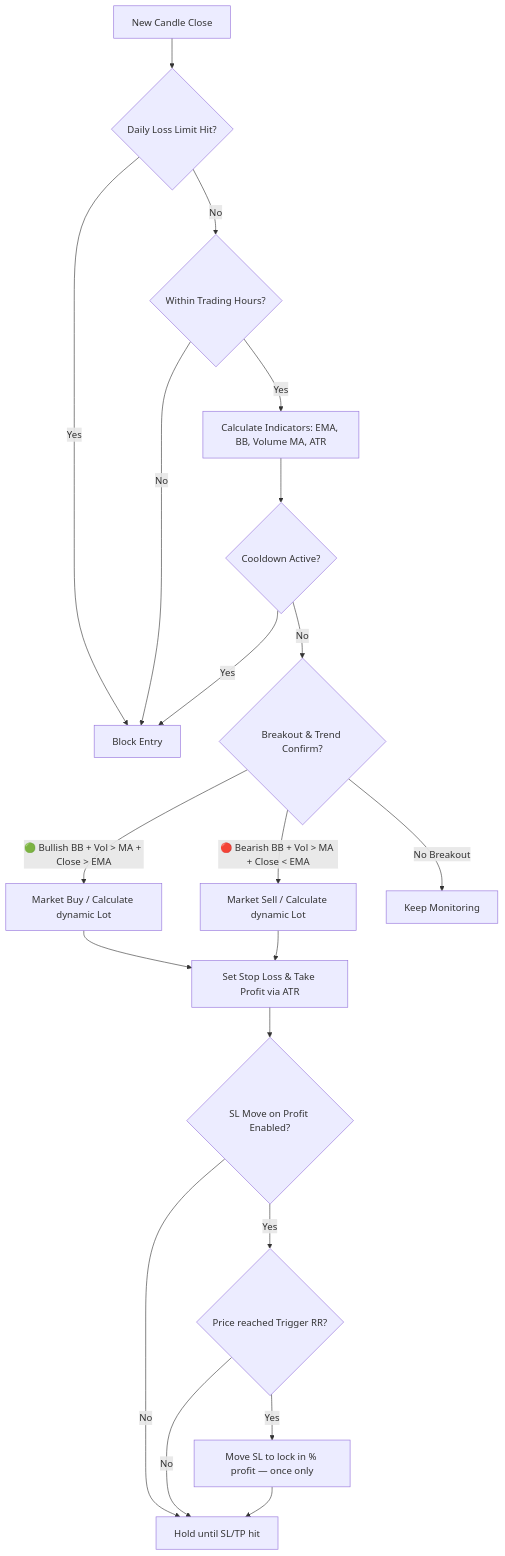
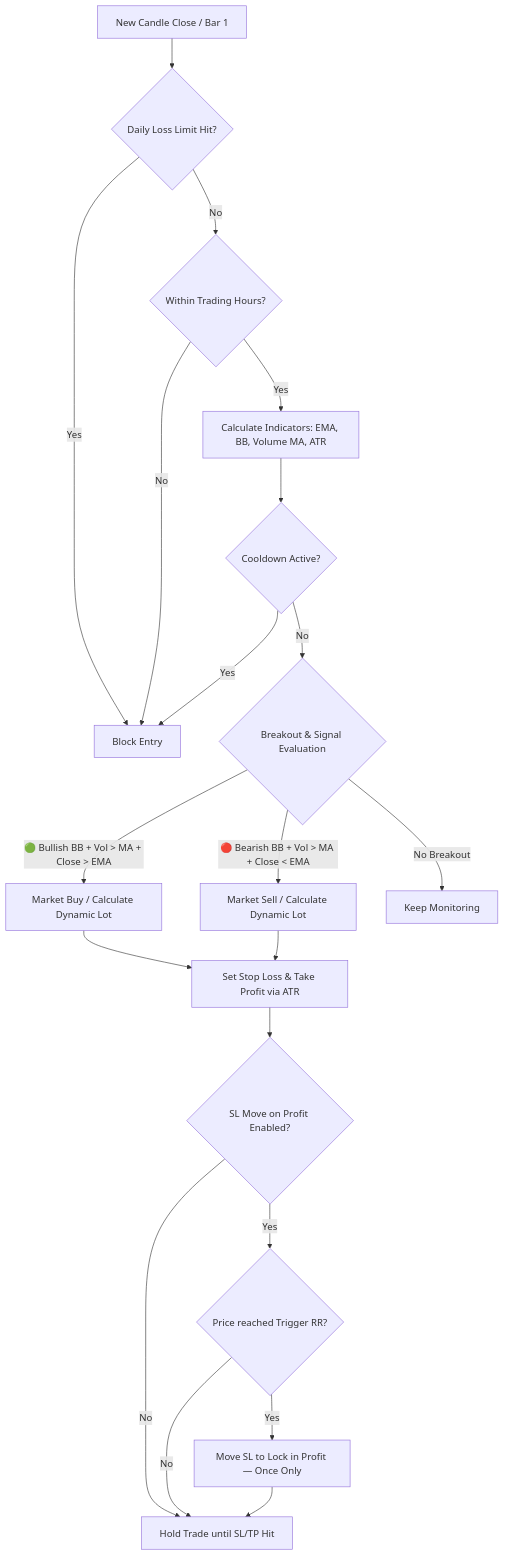
The first of 2 diagrams in README.md (jzd101/breakout-follow-101), drawn with Mermaid before and after one commit. The commit also changed other lines of this file, not shown here.

````diff
--- a/README.md
+++ b/README.md
@@ -54,22 +66,22 @@
 ```mermaid
 graph TD
-    A[New Candle Close] --> B{Daily Loss Limit Hit?}
+    A[New Candle Close / Bar 1] --> B{Daily Loss Limit Hit?}
     B -- Yes --> C[Block Entry]
     B -- No --> D{Within Trading Hours?}
     D -- No --> C
     D -- Yes --> E[Calculate Indicators: EMA, BB, Volume MA, ATR]
     E --> CC{Cooldown Active?}
     CC -- Yes --> C
-    CC -- No --> F{Breakout & Trend Confirm?}
-    F -- 🟢 Bullish BB + Vol > MA + Close > EMA --> G[Market Buy / Calculate dynamic Lot]
-    F -- 🔴 Bearish BB + Vol > MA + Close < EMA --> H[Market Sell / Calculate dynamic Lot]
+    CC -- No --> F{Breakout & Signal Evaluation}
+    F -- 🟢 Bullish BB + Vol > MA + Close > EMA --> G[Market Buy / Calculate Dynamic Lot]
+    F -- 🔴 Bearish BB + Vol > MA + Close < EMA --> H[Market Sell / Calculate Dynamic Lot]
     F -- No Breakout --> I[Keep Monitoring]
     G --> J[Set Stop Loss & Take Profit via ATR]
     H --> J
     J --> K{SL Move on Profit Enabled?}
     K -- Yes --> L{Price reached Trigger RR?}
-    K -- No --> M[Hold until SL/TP hit]
-    L -- Yes --> N[Move SL to lock in % profit — once only]
+    K -- No --> M[Hold Trade until SL/TP Hit]
+    L -- Yes --> N[Move SL to Lock in Profit — Once Only]
     L -- No --> M
     N --> M
 ```
````
